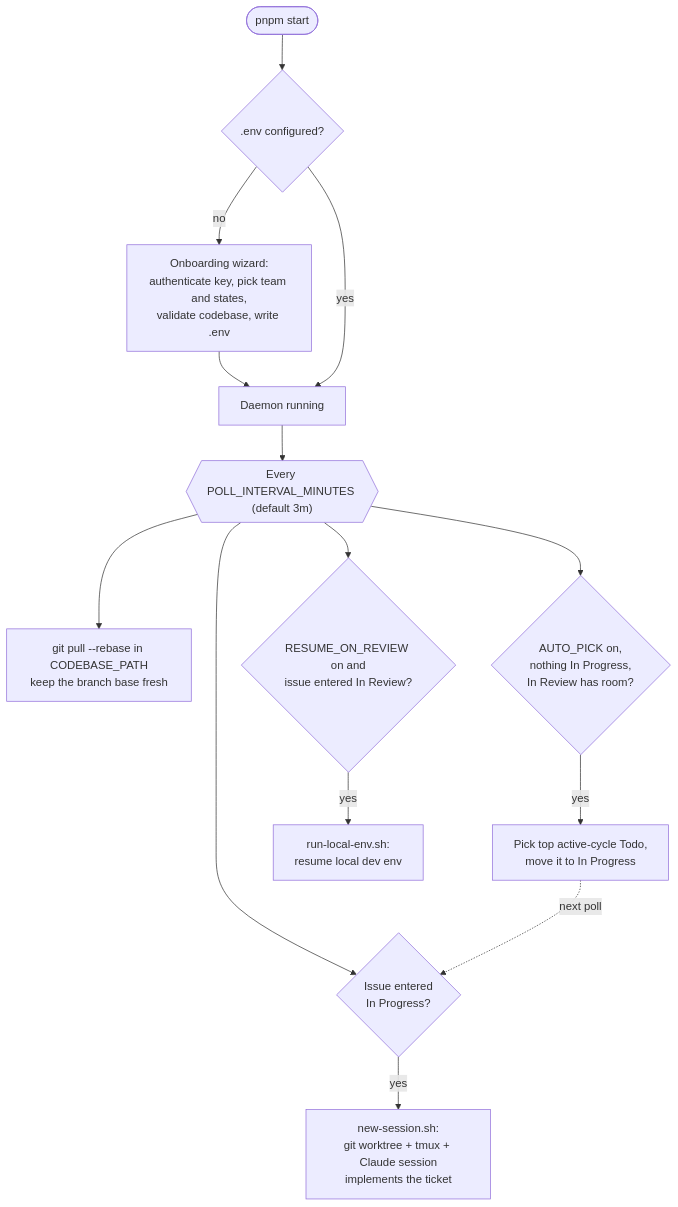
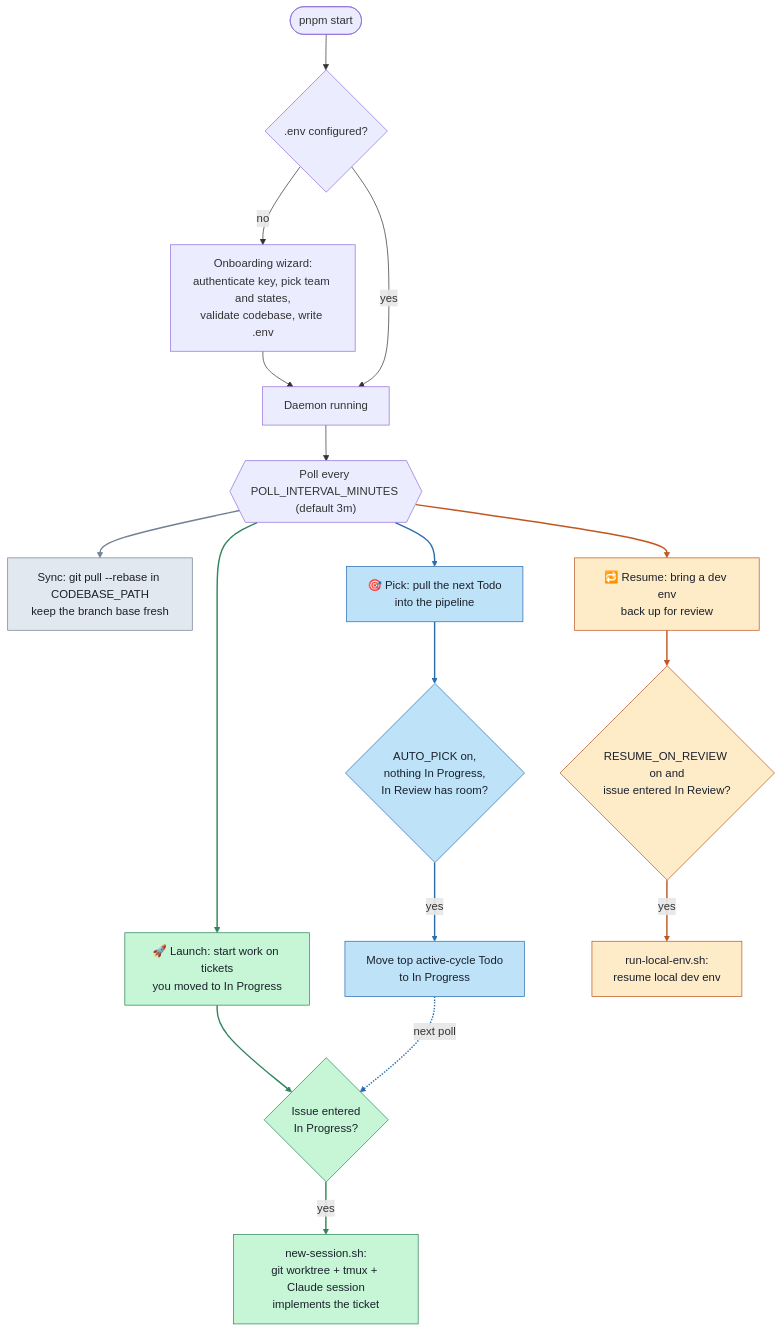
The diagram in README.md (YiminArava4508/yimbot), drawn with Mermaid before and after one commit. The commit also changed other lines of this file, not shown here.

Commit message:
docs: color the three poll paths in the README flowchart
Adds a purpose node at the head of each poll path (launch / pick /
resume) and colors each path's nodes and edges (green / blue / amber),
with codebase sync as a neutral gray branch. Legend bullets carry
matching emoji and color names. Fixed light fills keep labels readable
in both GitHub themes.

````diff
--- a/README.md
+++ b/README.md
@@ -24,21 +24,37 @@
 ```mermaid
 flowchart TD
     A(["pnpm start"]) --> B{".env configured?"}
     B -- no --> W["Onboarding wizard:<br/>authenticate key, pick team and states,<br/>validate codebase, write .env"]
     W --> C["Daemon running"]
     B -- yes --> C
 
-    C --> P{{"Every POLL_INTERVAL_MINUTES (default 3m)"}}
+    C --> P{{"Poll every POLL_INTERVAL_MINUTES (default 3m)"}}
 
-    P --> S["git pull --rebase in CODEBASE_PATH<br/>keep the branch base fresh"]
+    P --> S["Sync: git pull --rebase in CODEBASE_PATH<br/>keep the branch base fresh"]
 
-    P --> T1{"Issue entered<br/>In Progress?"}
+    P --> G1["🚀 Launch: start work on tickets<br/>you moved to In Progress"]
+    G1 --> T1{"Issue entered<br/>In Progress?"}
     T1 -- yes --> L["new-session.sh:<br/>git worktree + tmux + Claude session<br/>implements the ticket"]
 
-    P --> PK{"AUTO_PICK on,<br/>nothing In Progress,<br/>In Review has room?"}
-    PK -- yes --> M["Pick top active-cycle Todo,<br/>move it to In Progress"]
+    P --> G2["🎯 Pick: pull the next Todo<br/>into the pipeline"]
+    G2 --> PK{"AUTO_PICK on,<br/>nothing In Progress,<br/>In Review has room?"}
+    PK -- yes --> M["Move top active-cycle Todo<br/>to In Progress"]
     M -.->|next poll| T1
 
-    P --> T2{"RESUME_ON_REVIEW on and<br/>issue entered In Review?"}
+    P --> G3["🔁 Resume: bring a dev env<br/>back up for review"]
+    G3 --> T2{"RESUME_ON_REVIEW on and<br/>issue entered In Review?"}
     T2 -- yes --> R["run-local-env.sh:<br/>resume local dev env"]
+
+    classDef launch fill:#c6f6d5,stroke:#2f855a,color:#1a202c;
+    classDef pick fill:#bee3f8,stroke:#2b6cb0,color:#1a202c;
+    classDef resume fill:#feebc8,stroke:#c05621,color:#1a202c;
+    classDef sync fill:#e2e8f0,stroke:#718096,color:#1a202c;
+    class G1,T1,L launch;
+    class G2,PK,M pick;
+    class G3,T2,R resume;
+    class S sync;
+    linkStyle 5 stroke:#718096,stroke-width:2px;
+    linkStyle 6,7,8 stroke:#2f855a,stroke-width:2px;
+    linkStyle 9,10,11,12 stroke:#2b6cb0,stroke-width:2px;
+    linkStyle 13,14,15 stroke:#c05621,stroke-width:2px;
 ```
````
